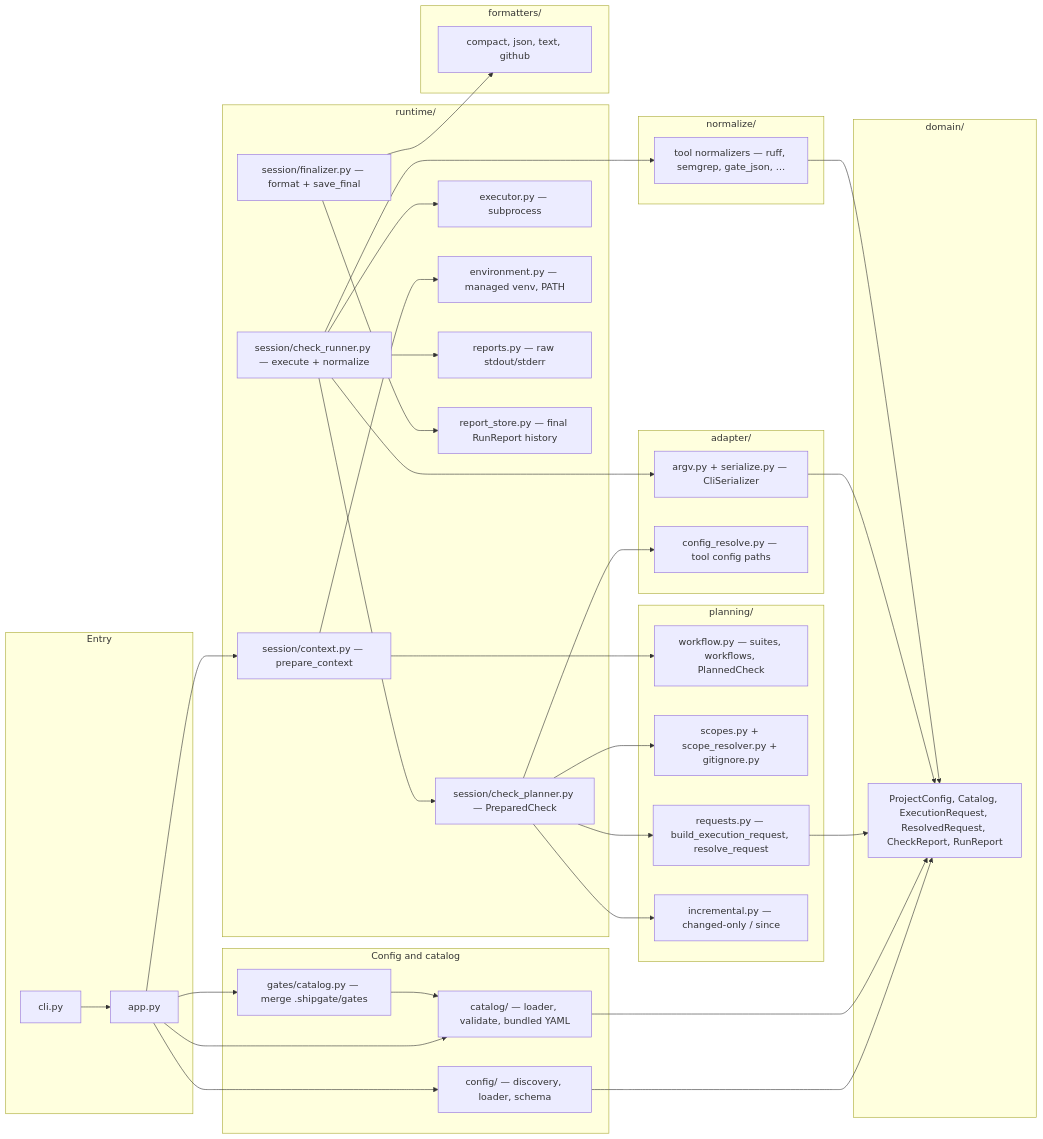
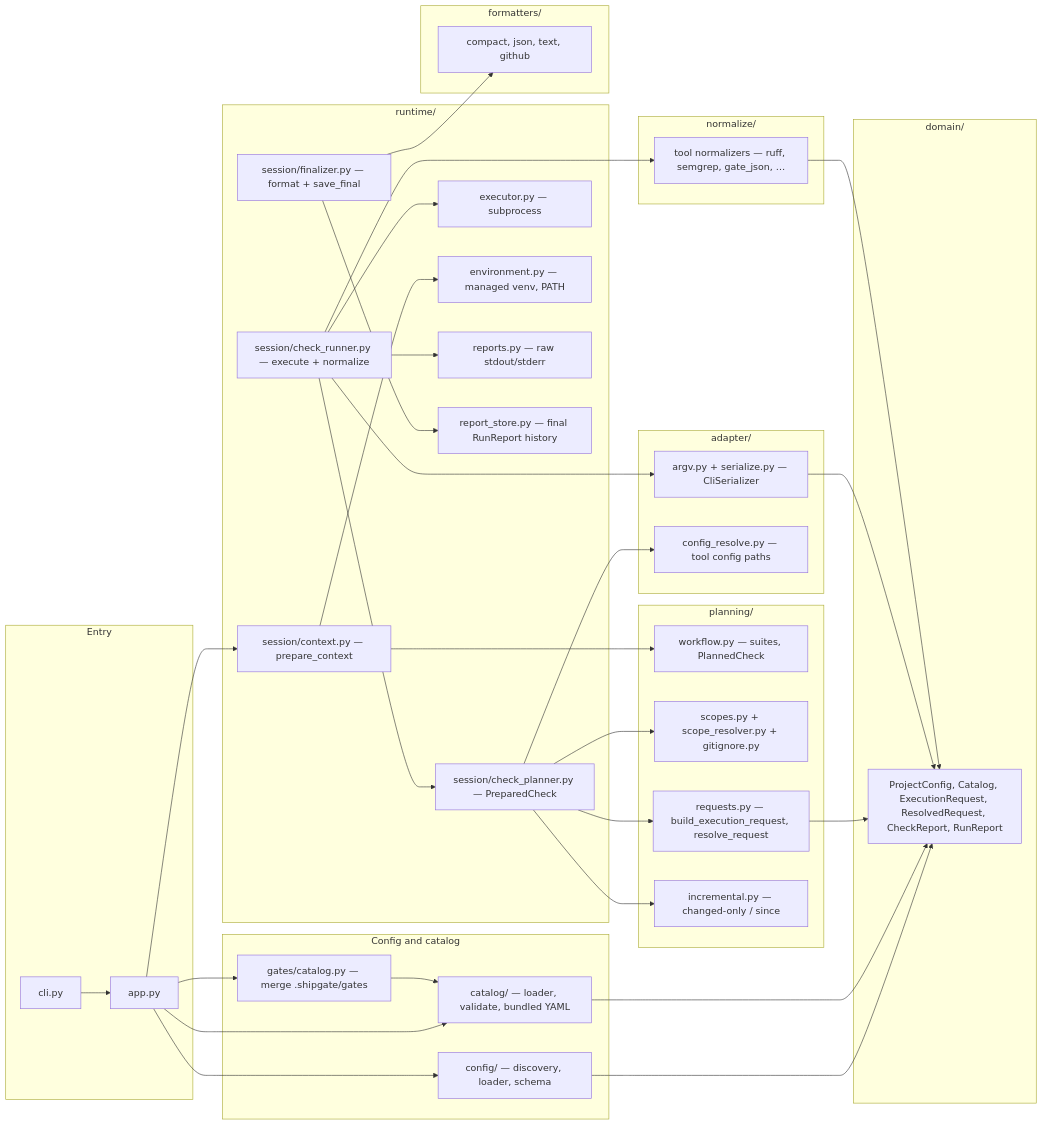
One commit to inquilabee/shipgate changed the second of 5 diagrams in docs/architecture-diagrams.md. Above: the diagram before and after it, drawn with Mermaid. The commit also changed other lines of this file and 84 other files, not shown here.

````diff
--- a/docs/architecture-diagrams.md
+++ b/docs/architecture-diagrams.md
@@ -85,77 +85,77 @@
 ```mermaid
 flowchart LR
     subgraph entry_layer["Entry"]
         CLI2["cli.py"]
         App2["app.py"]
     end
 
     subgraph domain_layer["domain/"]
         Types["ProjectConfig, Catalog, ExecutionRequest, ResolvedRequest, CheckReport, RunReport"]
     end
 
     subgraph load_layer["Config and catalog"]
         Config["config/ — discovery, loader, schema"]
         Catalog["catalog/ — loader, validate, bundled YAML"]
         GatesCat["gates/catalog.py — merge .shipgate/gates"]
     end
 
     subgraph plan_layer["planning/"]
-        Workflow["workflow.py — suites, workflows, PlannedCheck"]
+        Workflow["workflow.py — suites, PlannedCheck"]
         Scopes["scopes.py + scope_resolver.py + gitignore.py"]
         Requests["requests.py — build_execution_request, resolve_request"]
         Incremental["incremental.py — changed-only / since"]
     end
 
     subgraph adapt_layer["adapter/"]
         Argv["argv.py + serialize.py — CliSerializer"]
         ConfigResolve["config_resolve.py — tool config paths"]
     end
 
     subgraph run_layer["runtime/"]
         Context["session/context.py — prepare_context"]
         Planner["session/check_planner.py — PreparedCheck"]
         Runner["session/check_runner.py — execute + normalize"]
         Exec["executor.py — subprocess"]
         Env["environment.py — managed venv, PATH"]
         RawReports["reports.py — raw stdout/stderr"]
         Store["report_store.py — final RunReport history"]
         Finalizer["session/finalizer.py — format + save_final"]
     end
 
     subgraph norm_layer["normalize/"]
         Norm["tool normalizers — ruff, semgrep, gate_json, …"]
     end
 
     subgraph fmt_layer["formatters/"]
         Fmt["compact, json, text, github"]
     end
 
     CLI2 --> App2
     App2 --> Config
     App2 --> Catalog
     App2 --> GatesCat
     App2 --> Context
 
     Config --> Types
     Catalog --> Types
     GatesCat --> Catalog
 
     Context --> Workflow
     Context --> Env
 
     Runner --> Planner
     Planner --> Scopes
     Planner --> Incremental
     Planner --> Requests
     Planner --> ConfigResolve
     Runner --> Argv
     Runner --> Exec
     Runner --> Norm
     Runner --> RawReports
     Finalizer --> Store
     Finalizer --> Fmt
 
     Requests --> Types
     Argv --> Types
     Norm --> Types
 ```
````
